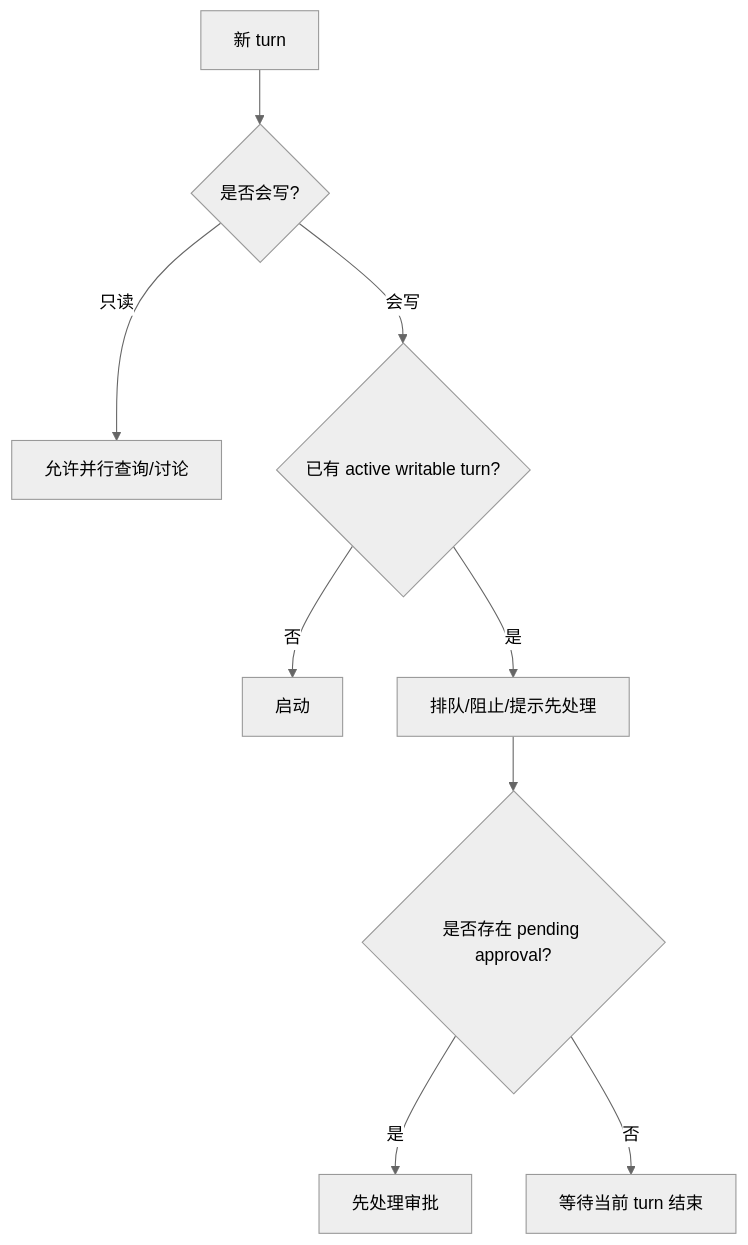
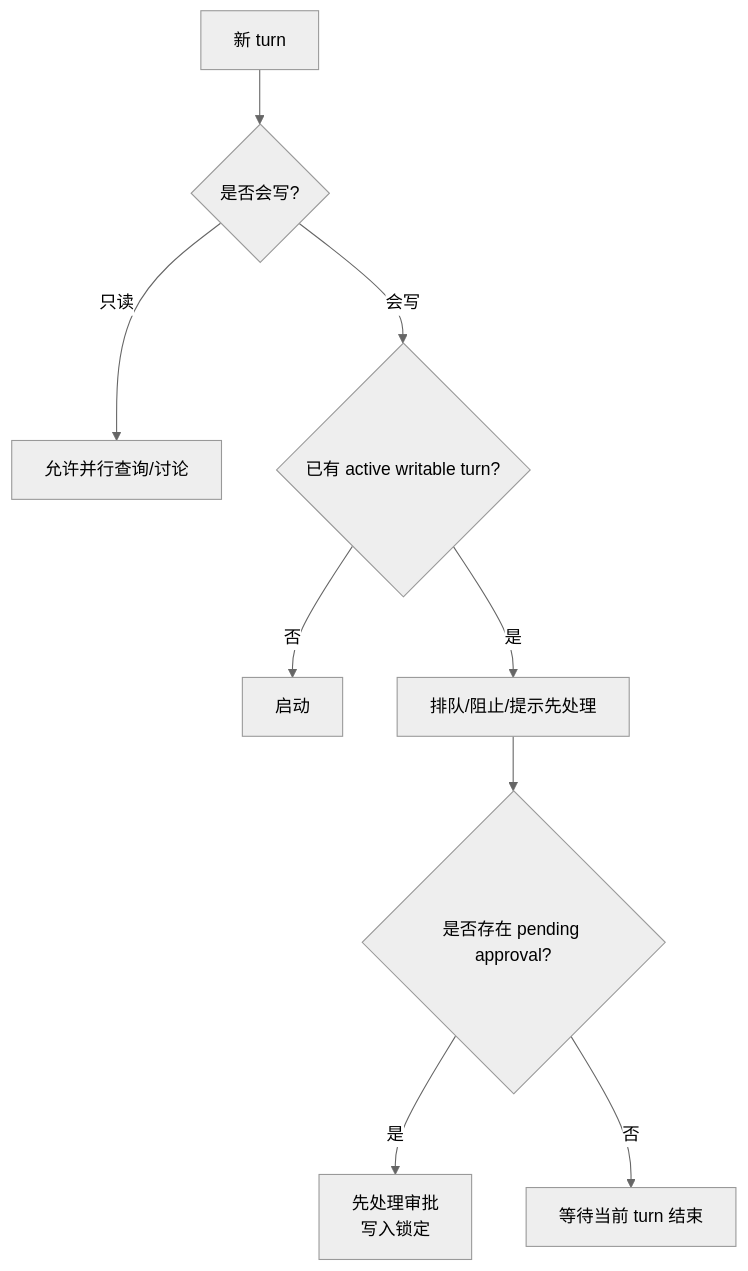
One commit to jinhuang712/open-novel changed the third of 3 diagrams in spec/S04-turn-orchestration.md. Above: the diagram before and after it, drawn with Mermaid (neutral theme). The commit also changed other lines of this file and 6 other files, not shown here.

Commit message:
docs(decision): allow read-only work during pending approval

````diff
--- a/spec/S04-turn-orchestration.md
+++ b/spec/S04-turn-orchestration.md
@@ -138,11 +138,11 @@
 ```mermaid
 flowchart TD
   NewTurn[新 turn] --> Check{是否会写?}
   Check -->|只读| Parallel[允许并行查询/讨论]
   Check -->|会写| Active{已有 active writable turn?}
   Active -->|否| Start[启动]
   Active -->|是| Gate[排队/阻止/提示先处理]
   Gate --> Pending{是否存在 pending approval?}
-  Pending -->|是| Approval[先处理审批]
+  Pending -->|是| Approval[先处理审批<br/>写入锁定]
   Pending -->|否| Queue[等待当前 turn 结束]
 ```
````
